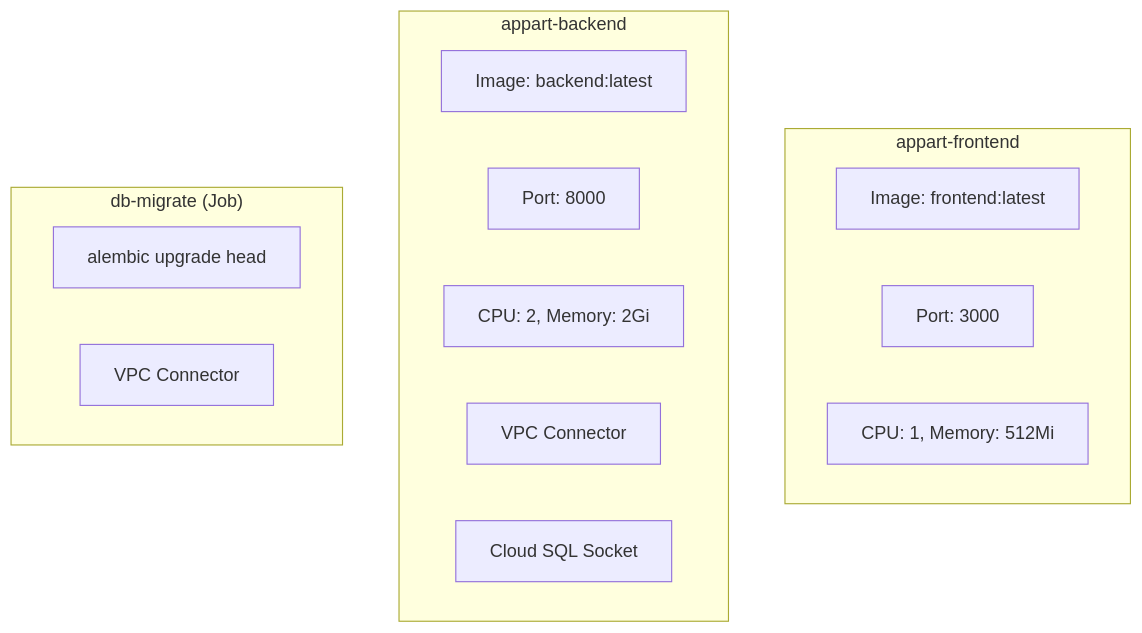
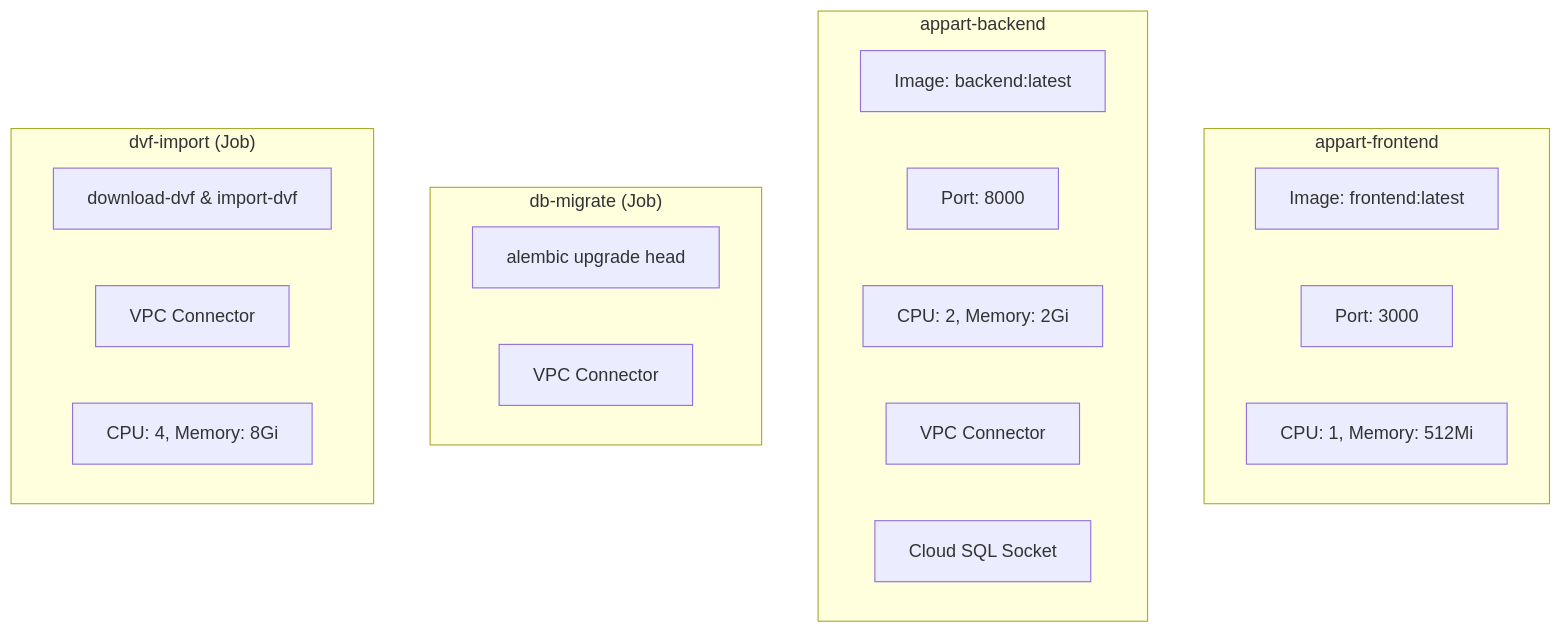
One commit to benjamin-karaoglan/AppArtAgent changed the sixth of 7 diagrams in docs/deployment/infrastructure.md. Above: the diagram before and after it, drawn with Mermaid. The commit also changed other lines of this file and 14 other files, not shown here.

First line of the commit message:
docs: update documentation for geolocalized DVF and new architecture

````diff
--- a/docs/deployment/infrastructure.md
+++ b/docs/deployment/infrastructure.md
@@ -259,21 +266,27 @@
 ```mermaid
 flowchart TB
     subgraph Frontend["appart-frontend"]
         FE_Image["Image: frontend:latest"]
         FE_Port["Port: 3000"]
         FE_Resources["CPU: 1, Memory: 512Mi"]
     end
 
     subgraph Backend["appart-backend"]
         BE_Image["Image: backend:latest"]
         BE_Port["Port: 8000"]
         BE_Resources["CPU: 2, Memory: 2Gi"]
         BE_VPC["VPC Connector"]
         BE_SQL["Cloud SQL Socket"]
     end
 
     subgraph MigrationJob["db-migrate (Job)"]
         MIG_CMD["alembic upgrade head"]
         MIG_VPC["VPC Connector"]
     end
+
+    subgraph DVFJob["dvf-import (Job)"]
+        DVF_CMD["download-dvf & import-dvf"]
+        DVF_VPC["VPC Connector"]
+        DVF_RES["CPU: 4, Memory: 8Gi"]
+    end
 ```
````
